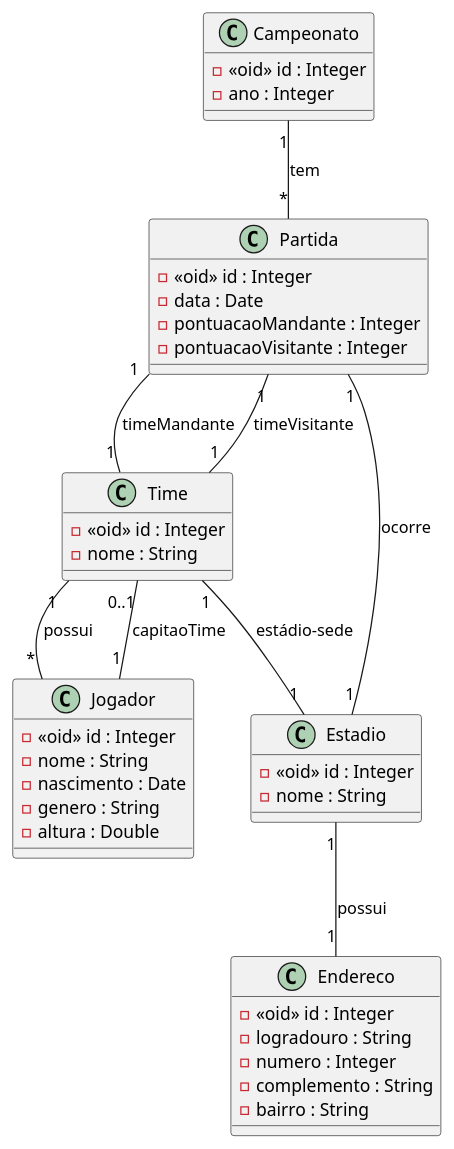
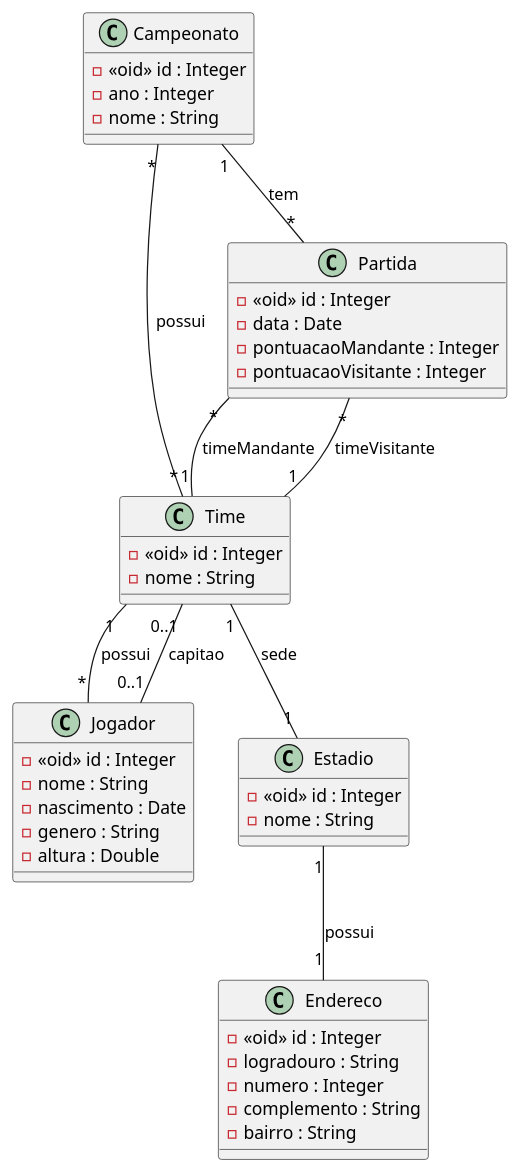
Before and after one commit to clawbert/cursomc: the diagram in src/main/java/com/nelioalves/cursomc/diagramasUML/03-E02.puml, drawn with PlantUML. The commit also changed 1 other file, not shown here.

Commit message:
Diagrama UML E02

```diff
--- a/src/main/java/com/nelioalves/cursomc/diagramasUML/03-E02.puml
+++ b/src/main/java/com/nelioalves/cursomc/diagramasUML/03-E02.puml
@@ -1,51 +1,52 @@
 @startuml
 'https://plantuml.com/class-diagram
 
 class Campeonato {
 	- <<oid>> id : Integer
     - ano : Integer
+    - nome : String
 }
 
 class Jogador {
 	- <<oid>> id : Integer
     - nome : String
     - nascimento : Date
     - genero : String
     - altura : Double
 }
 
 class Time {
 	- <<oid>> id : Integer
 	- nome : String
 }
 
 class Partida {
 	- <<oid>> id : Integer
     - data : Date
     - pontuacaoMandante : Integer
     - pontuacaoVisitante : Integer
 }
 
 class Estadio {
 	- <<oid>> id : Integer
     - nome : String
 }
 
 class Endereco {
 	- <<oid>> id : Integer
     - logradouro : String
     - numero : Integer
     - complemento : String
     - bairro : String
 }
 
-Partida "1" -- "1" Estadio : ocorre
-Partida "1" -- "1" Time : timeMandante
-Partida "1" -- "1" Time : timeVisitante
+Partida "*" -- "1" Time : timeMandante
+Partida "*" -- "1" Time : timeVisitante
 Campeonato "1" -- "*" Partida : tem
+Campeonato "*" -- "*" Time : possui
 Estadio "1" -- "1" Endereco : possui
-Time "1" -- "1" Estadio : estádio-sede
+Time "1" -- "1" Estadio : sede
 Time "1" -- "*" Jogador : possui
-Time "0..1" -- "1" Jogador : capitaoTime
+Time "0..1" -- "0..1" Jogador : capitao
 
 @enduml
```
